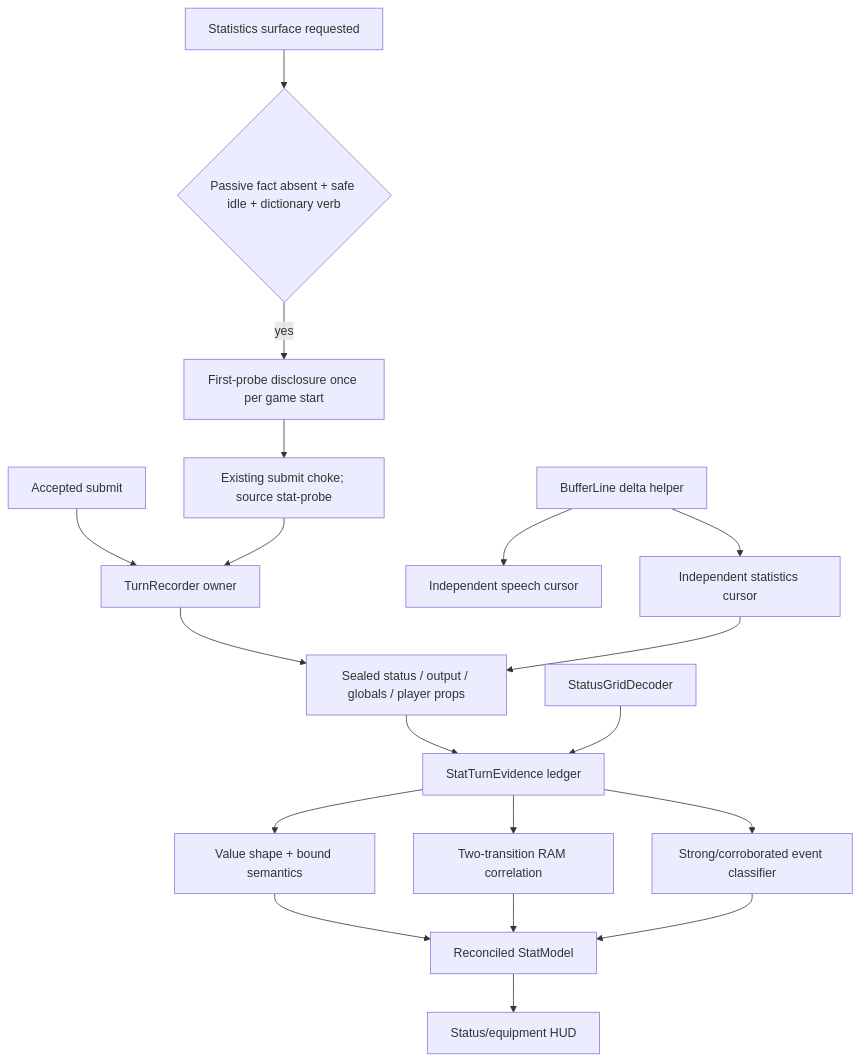
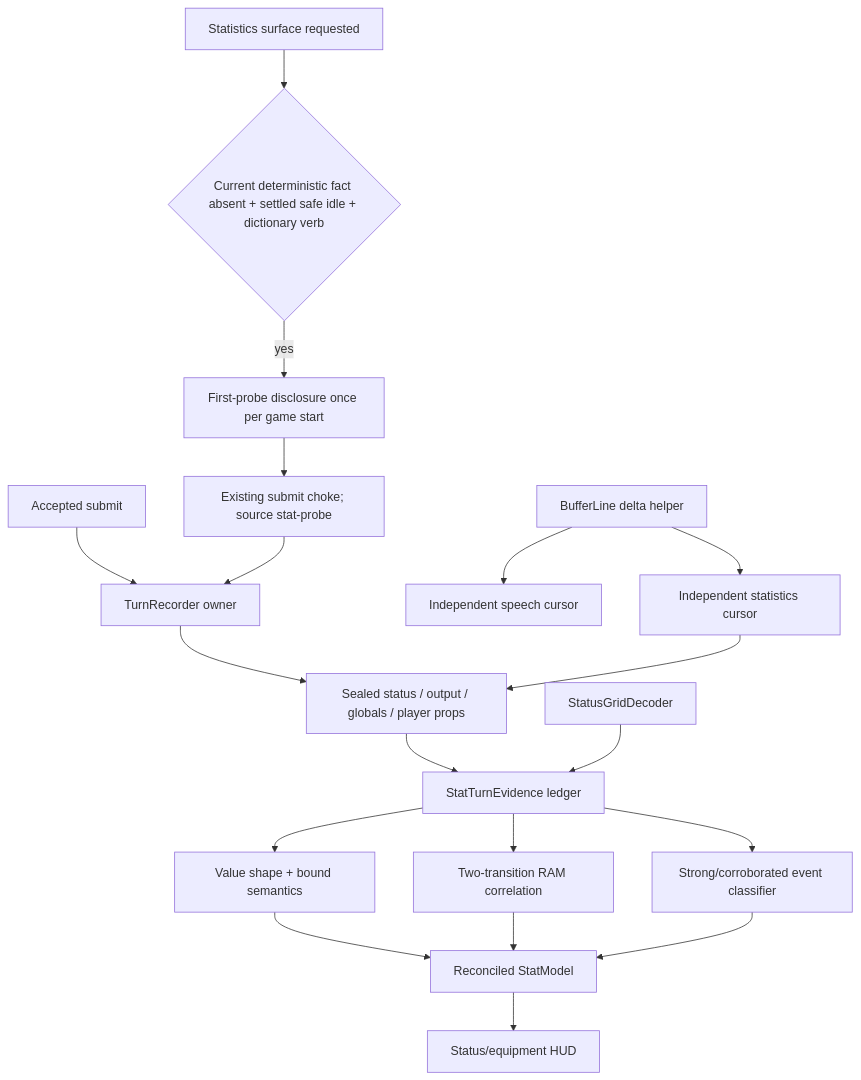
Before and after one commit to Hymlock/ParchLock: diagram 54 of 54 in ARCHITECTURE_UML.md, drawn with Mermaid. The commit also changed other lines of this file and 2 other files, not shown here.

````diff
--- a/ARCHITECTURE_UML.md
+++ b/ARCHITECTURE_UML.md
@@ -3501,21 +3501,21 @@
 ```mermaid
 flowchart TD
   Submit[Accepted submit] --> TR[TurnRecorder owner]
   TR --> Snap[Sealed status / output / globals / player props]
   Output[BufferLine delta helper] --> CursorA[Independent speech cursor]
   Output --> CursorS[Independent statistics cursor]
   CursorS --> Snap
   Snap --> Ledger[StatTurnEvidence ledger]
   Grid[StatusGridDecoder] --> Ledger
   Ledger --> Sem[Value shape + bound semantics]
   Ledger --> Corr[Two-transition RAM correlation]
   Ledger --> Events[Strong/corroborated event classifier]
   Sem --> Model[Reconciled StatModel]
   Corr --> Model
   Events --> Model
   Model --> HUD[Status/equipment HUD]
-  Demand[Statistics surface requested] --> Gate{Passive fact absent + safe idle + dictionary verb}
+  Demand[Statistics surface requested] --> Gate{Current deterministic fact absent + settled safe idle + dictionary verb}
   Gate -->|yes| Notice[First-probe disclosure once per game start]
   Notice --> Probe[Existing submit choke; source stat-probe]
   Probe --> TR
 ```
````
